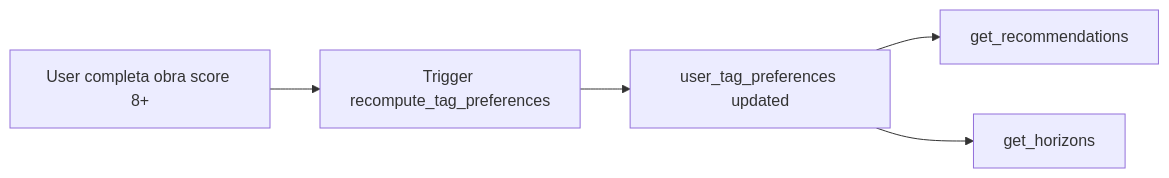
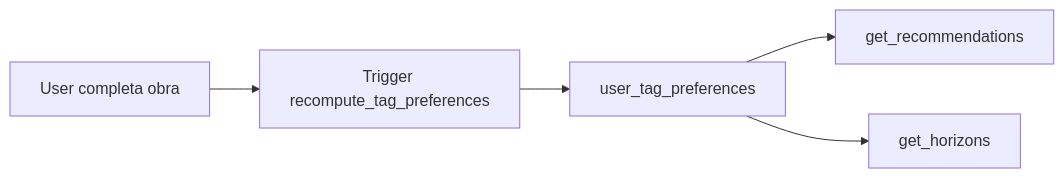
The diagram in README.md (MikuBR/Hubble), drawn with Mermaid before and after one commit. The commit also changed other lines of this file, not shown here.

Commit message:
fix: minimal Mermaid labels - alphanumeric only

````diff
--- a/README.md
+++ b/README.md
@@ -145,7 +145,7 @@
 ```mermaid
 flowchart LR
-    A[User completa obra score 8+] --> B[Trigger recompute_tag_preferences]
-    B --> C[user_tag_preferences updated]
+    A[User completa obra] --> B[Trigger recompute_tag_preferences]
+    B --> C[user_tag_preferences]
     C --> D[get_recommendations]
     C --> E[get_horizons]
 ```
````
